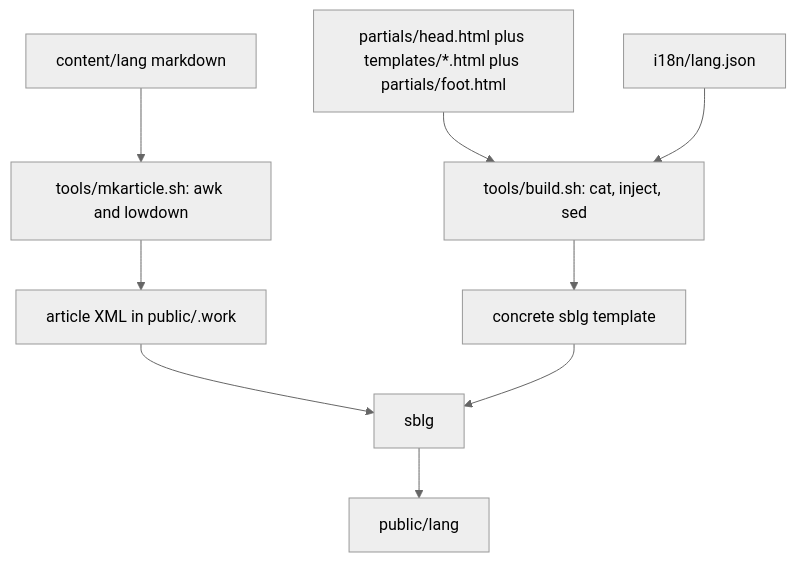
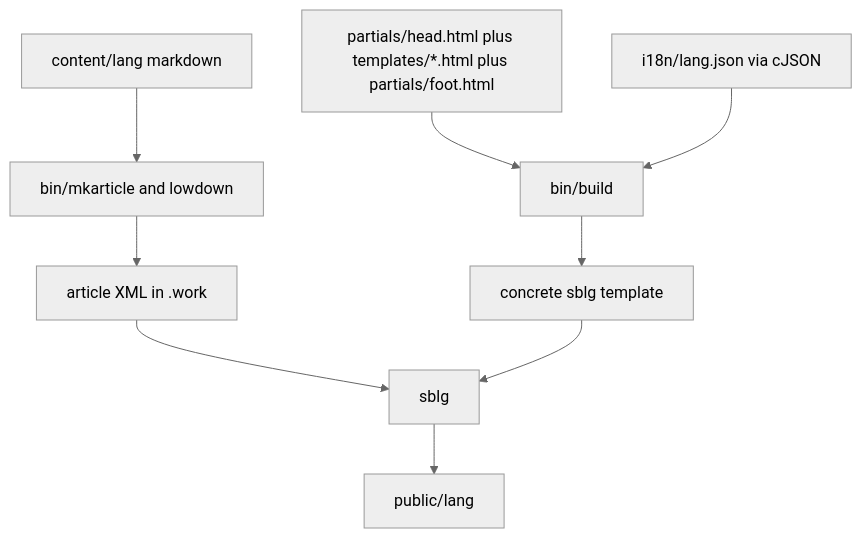
One commit to antonialoytorrens/portfolio changed the diagram in README.md. Above: the diagram before and after it, drawn with Mermaid (neutral theme). The commit also changed other lines of this file and 25 other files, not shown here.

````diff
--- a/README.md
+++ b/README.md
@@ -45,20 +48,20 @@
 ```mermaid
 flowchart TD
   md["content/lang markdown"]
-  mk["tools/mkarticle.sh: awk and lowdown"]
-  frag["article XML in public/.work"]
+  mk["bin/mkarticle and lowdown"]
+  frag["article XML in .work"]
   parts["partials/head.html plus templates/*.html plus partials/foot.html"]
-  i18n["i18n/lang.json"]
-  bake["tools/build.sh: cat, inject, sed"]
+  i18n["i18n/lang.json via cJSON"]
+  bake["bin/build"]
   tmpl["concrete sblg template"]
   sblgNode["sblg"]
   pub["public/lang"]
 
   md --> mk --> frag
   parts --> bake
   i18n --> bake
   bake --> tmpl
   frag --> sblgNode
   tmpl --> sblgNode
   sblgNode --> pub
 ```
````
